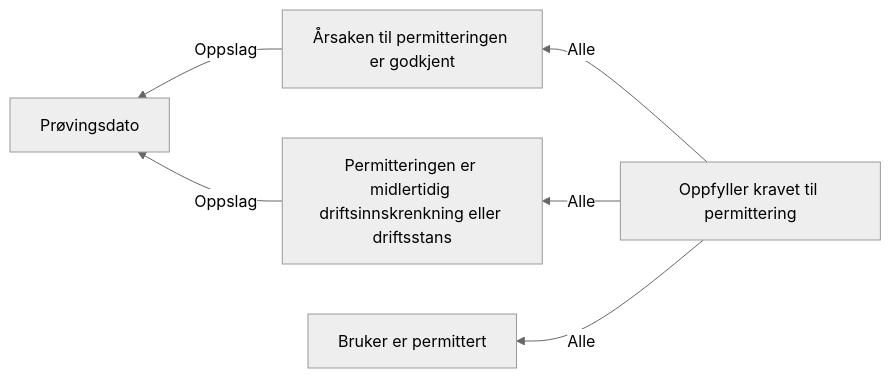
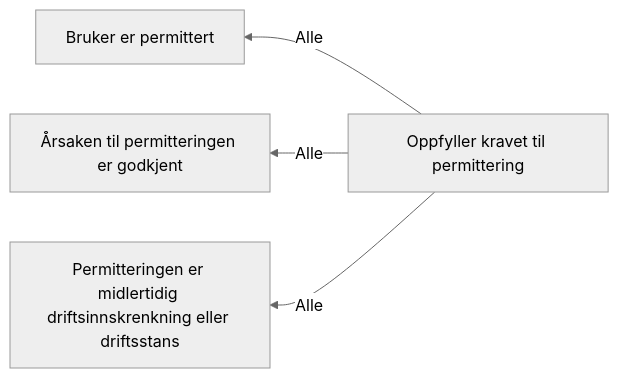
The diagram in docs/regler/§ 4-7 Permittering.approved.md (navikt/dp-behandling), drawn with Mermaid (neutral theme) before and after one commit. The commit also changed 26 other files, not shown here.

````diff
--- a/docs/regler/§ 4-7 Permittering.approved.md
+++ b/docs/regler/§ 4-7 Permittering.approved.md
@@ -5,8 +5,6 @@
 ```mermaid
 graph RL
-  A["Årsaken til permitteringen er godkjent"] -->|"Oppslag"| B["Prøvingsdato"]
-  C["Permitteringen er midlertidig driftsinnskrenkning eller driftsstans"] -->|"Oppslag"| B["Prøvingsdato"]
-  D["Oppfyller kravet til permittering"] -->|"Alle"| E["Bruker er permittert"]
-  D["Oppfyller kravet til permittering"] -->|"Alle"| A["Årsaken til permitteringen er godkjent"]
-  D["Oppfyller kravet til permittering"] -->|"Alle"| C["Permitteringen er midlertidig driftsinnskrenkning eller driftsstans"]
+  A["Oppfyller kravet til permittering"] -->|"Alle"| B["Bruker er permittert"]
+  A["Oppfyller kravet til permittering"] -->|"Alle"| C["Årsaken til permitteringen er godkjent"]
+  A["Oppfyller kravet til permittering"] -->|"Alle"| D["Permitteringen er midlertidig driftsinnskrenkning eller driftsstans"]
 ```
````
